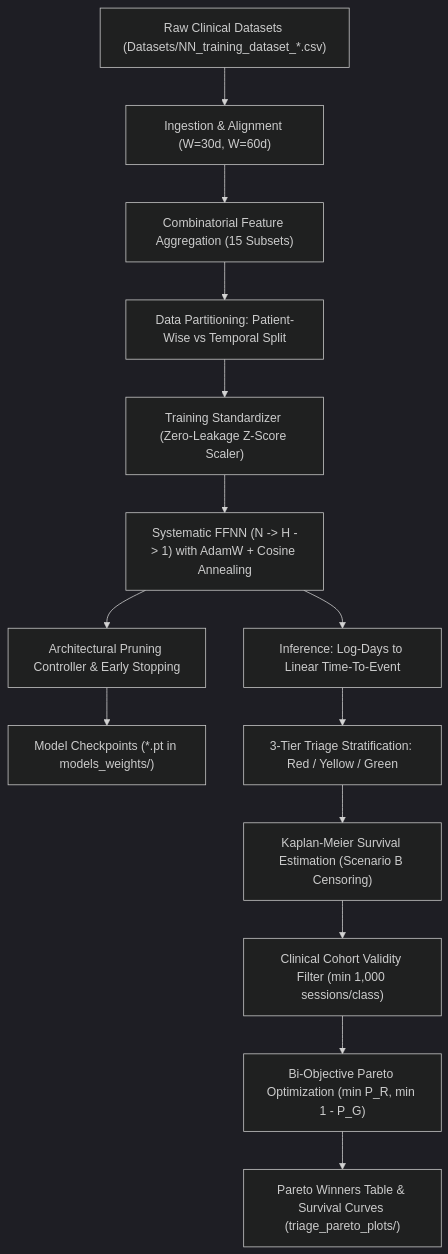
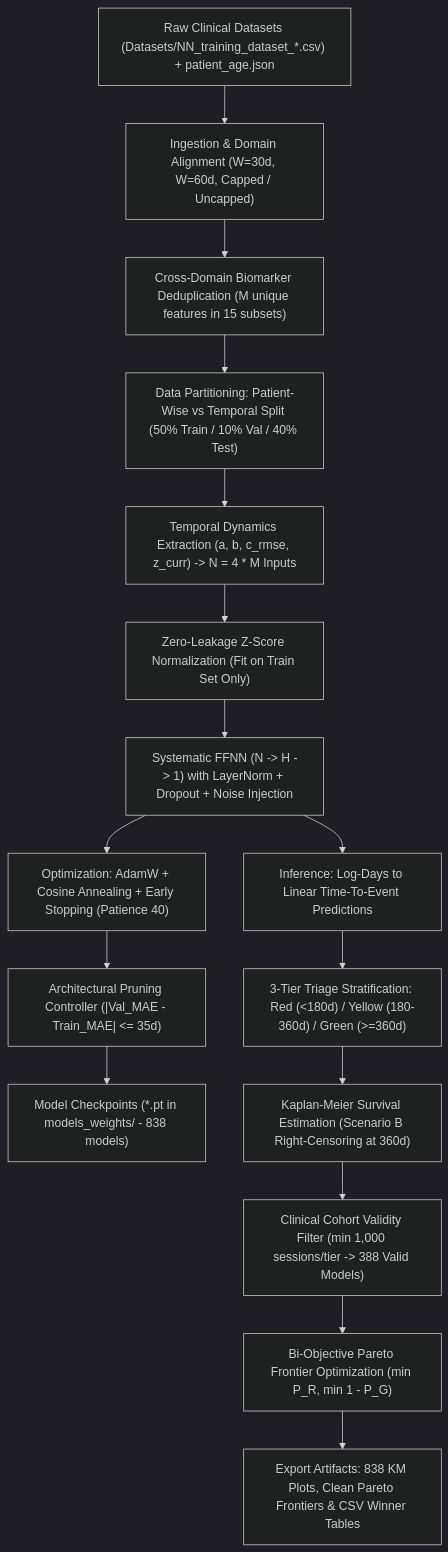
The diagram in README.md (vincyds99/NN_siate_training), drawn with Mermaid (dark theme) before and after one commit. The commit also changed other lines of this file and 908 other files, not shown here.

````diff
--- a/README.md
+++ b/README.md
@@ -41,16 +46,18 @@
 ```mermaid
 flowchart TD
-    A["Raw Clinical Datasets (Datasets/NN_training_dataset_*.csv)"] --> B["Ingestion & Alignment (W=30d, W=60d)"]
-    B --> C["Combinatorial Feature Aggregation (15 Subsets)"]
-    C --> D["Data Partitioning: Patient-Wise vs Temporal Split"]
-    D --> E["Training Standardizer (Zero-Leakage Z-Score Scaler)"]
-    E --> F["Systematic FFNN (N -> H -> 1) with AdamW + Cosine Annealing"]
-    F --> G["Architectural Pruning Controller & Early Stopping"]
-    G --> H["Model Checkpoints (*.pt in models_weights/)"]
-    F --> I["Inference: Log-Days to Linear Time-To-Event"]
-    I --> J["3-Tier Triage Stratification: Red / Yellow / Green"]
-    J --> K["Kaplan-Meier Survival Estimation (Scenario B Censoring)"]
-    K --> L["Clinical Cohort Validity Filter (min 1,000 sessions/class)"]
-    L --> M["Bi-Objective Pareto Optimization (min P_R, min 1 - P_G)"]
-    M --> N["Pareto Winners Table & Survival Curves (triage_pareto_plots/)"]
+    A["Raw Clinical Datasets (Datasets/NN_training_dataset_*.csv) + patient_age.json"] --> B["Ingestion & Domain Alignment (W=30d, W=60d, Capped / Uncapped)"]
+    B --> C["Cross-Domain Biomarker Deduplication (M unique features in 15 subsets)"]
+    C --> D["Data Partitioning: Patient-Wise vs Temporal Split (50% Train / 10% Val / 40% Test)"]
+    D --> E["Temporal Dynamics Extraction (a, b, c_rmse, z_curr) -> N = 4 * M Inputs"]
+    E --> F["Zero-Leakage Z-Score Normalization (Fit on Train Set Only)"]
+    F --> G["Systematic FFNN (N -> H -> 1) with LayerNorm + Dropout + Noise Injection"]
+    G --> H["Optimization: AdamW + Cosine Annealing + Early Stopping (Patience 40)"]
+    H --> I["Architectural Pruning Controller (|Val_MAE - Train_MAE| <= 35d)"]
+    I --> J["Model Checkpoints (*.pt in models_weights/ - 838 models)"]
+    G --> K["Inference: Log-Days to Linear Time-To-Event Predictions"]
+    K --> L["3-Tier Triage Stratification: Red (<180d) / Yellow (180-360d) / Green (>=360d)"]
+    L --> M["Kaplan-Meier Survival Estimation (Scenario B Right-Censoring at 360d)"]
+    M --> N["Clinical Cohort Validity Filter (min 1,000 sessions/tier -> 388 Valid Models)"]
+    N --> O["Bi-Objective Pareto Frontier Optimization (min P_R, min 1 - P_G)"]
+    O --> P["Export Artifacts: 838 KM Plots, Clean Pareto Frontiers & CSV Winner Tables"]
 ```
````
